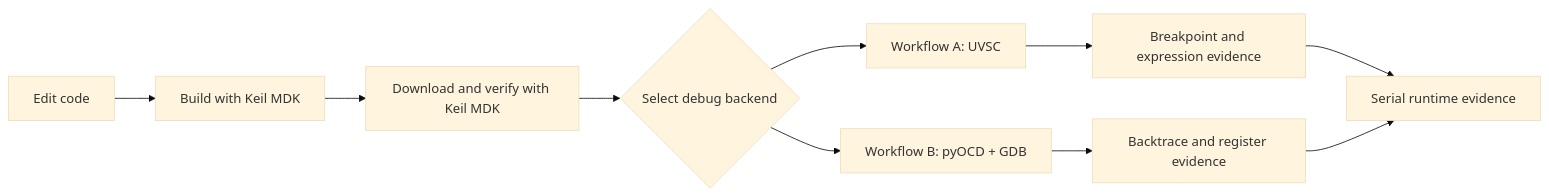
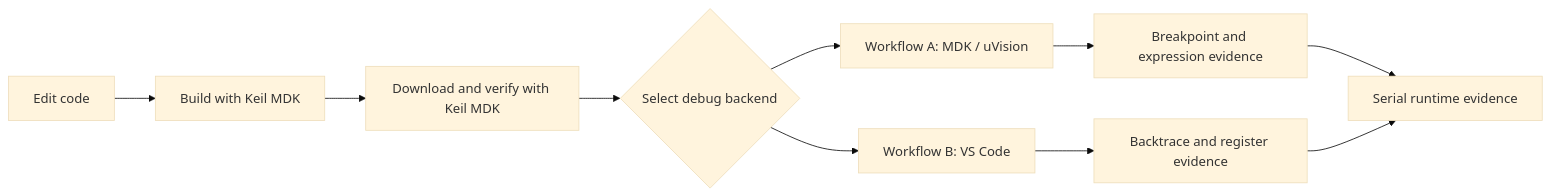
The diagram in README.en.md (houhouoch/Workflow-A-or-B-), drawn with Mermaid (base theme) before and after one commit. The commit also changed other lines of this file and 7 other files, not shown here.

Commit message:
Clarify MDK and VS Code workflow naming

````diff
--- a/README.en.md
+++ b/README.en.md
@@ -14,12 +14,12 @@
 ```mermaid
 flowchart LR
     A[Edit code] --> B[Build with Keil MDK]
     B --> C[Download and verify with Keil MDK]
     C --> D{Select debug backend}
-    D --> E[Workflow A: UVSC]
-    D --> F[Workflow B: pyOCD + GDB]
+    D --> E[Workflow A: MDK / uVision]
+    D --> F[Workflow B: VS Code]
     E --> G[Breakpoint and expression evidence]
     F --> H[Backtrace and register evidence]
     G --> I[Serial runtime evidence]
     H --> I
 ```
````
